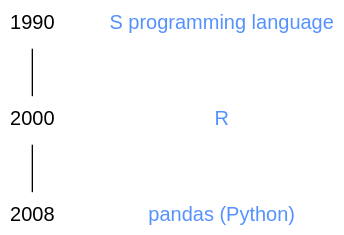
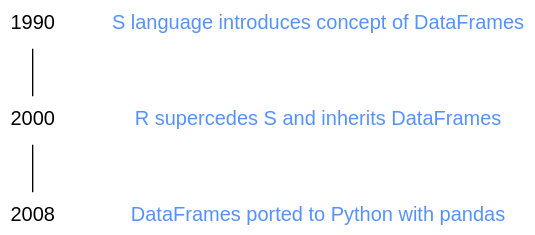
The diagram in python/polars_dataframes.qmd (WestDRI/arc-training), drawn with Graphviz before and after one commit.

Commit message:
minor edits copied from the polars 2 webinar

````diff
--- a/python/polars_dataframes.qmd
+++ b/python/polars_dataframes.qmd
@@ -27,25 +27,25 @@
 ```{dot}
 //| echo: false
 //| fig-height: 250px
 
 strict graph {
-  
+
 bgcolor="transparent"
 graph [fontname="Inconsolata, sans-serif"]
 node [fontname="Inconsolata, sans-serif", fontsize=15]
 
 y1 [label=1990, shape=plaintext, group=g1, group=g1]
 y2 [label=2000, shape=plaintext, group=g1, group=g1]
 y3 [label=2008, shape=plaintext, group=g1]
 
-l1 [label="S programming language", href="https://en.wikipedia.org/wiki/S_(programming_language)", shape=plaintext, group=g2, fontcolor="#5592FD"]
-l2 [label="R", href="https://en.wikipedia.org/wiki/R_(programming_language)", shape=plaintext, group=g2, fontcolor="#5592FD"]
-l3 [label="pandas (Python)", href="https://en.wikipedia.org/wiki/pandas_(software)", shape=plaintext, group=g2, fontcolor="#5592FD"]
+l1 [label="S language introduces concept of DataFrames", href="https://en.wikipedia.org/wiki/S_(programming_language)", shape=plaintext, group=g2, fontcolor="#5592FD"]
+l2 [label="R supercedes S and inherits DataFrames", href="https://en.wikipedia.org/wiki/R_(programming_language)", shape=plaintext, group=g2, fontcolor="#5592FD"]
+l3 [label="DataFrames ported to Python with pandas", href="https://en.wikipedia.org/wiki/pandas_(software)", shape=plaintext, group=g2, fontcolor="#5592FD"]
 
 {rank=same; y1 l1}
 
 y1 -- y2 -- y3
 l1 -- l2 -- l3 [style=invis]
 
 }
 ```
````
